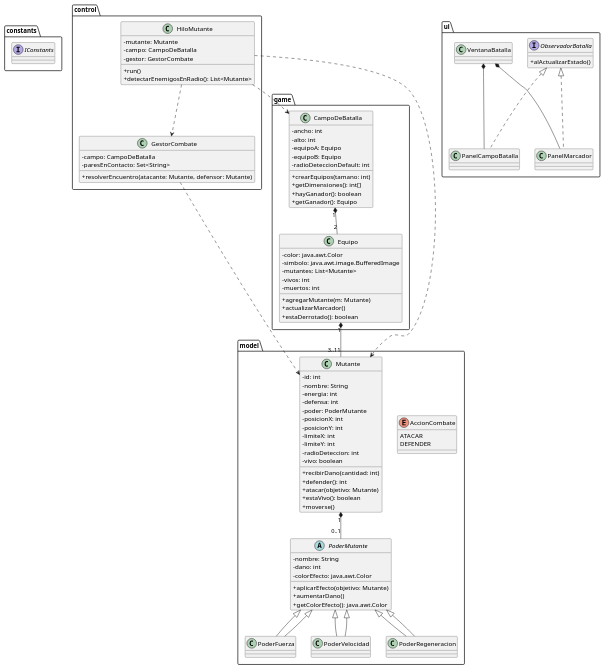
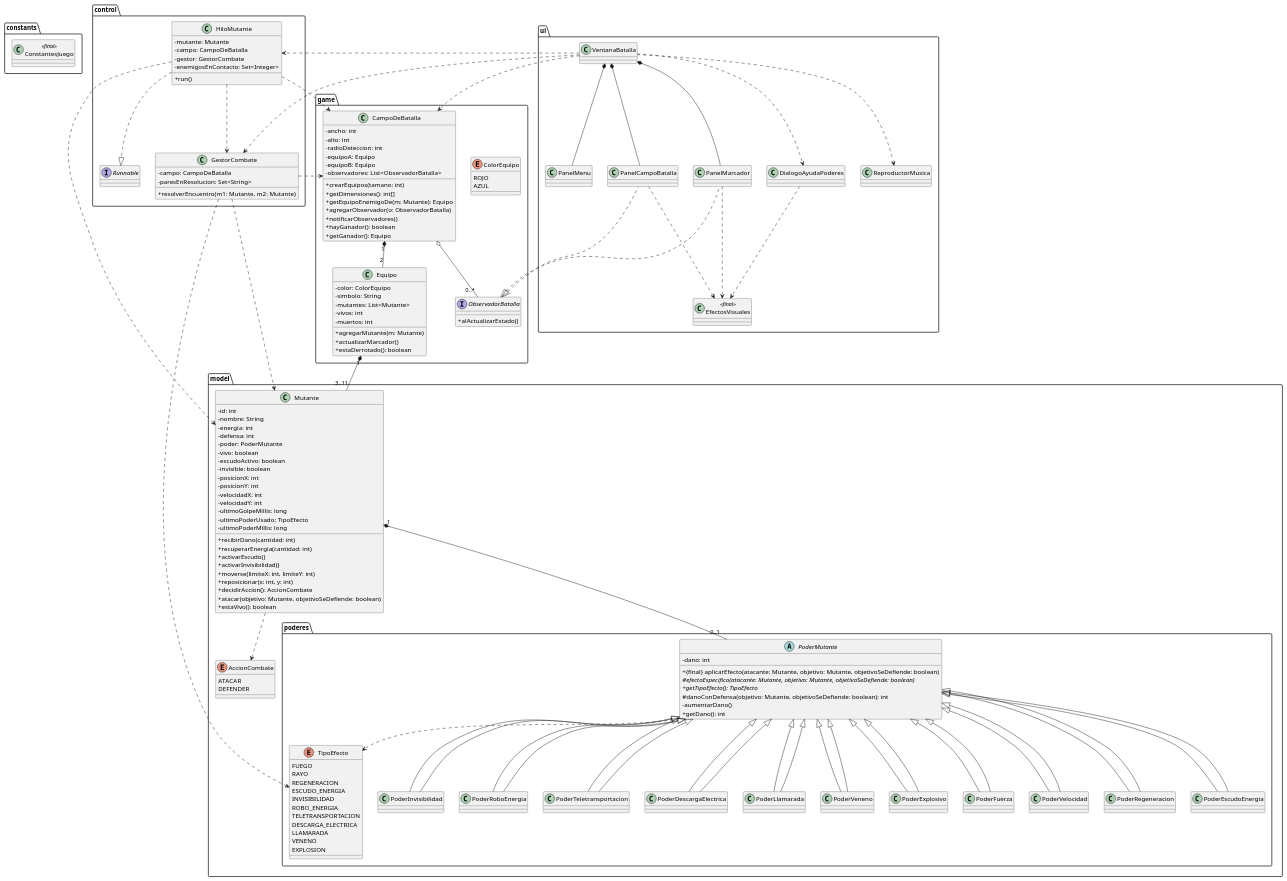
One commit to ChiefPat04/POO changed the diagram in CASOS/README.md. Above: the diagram before and after it, drawn with PlantUML. The commit also changed other lines of this file and 87 other files, not shown here.

````diff
--- a/CASOS/README.md
+++ b/CASOS/README.md
@@ -140,28 +221,16 @@
+```plantuml
 @startuml
 skinparam classAttributeIconSize 0
 
 package constants {
-  interface IConstants
+  class ConstantesJuego <<final>>
 }
 
-package model {
+package "model" {
   enum AccionCombate {
     ATACAR
     DEFENDER
   }
-
-  abstract class PoderMutante {
-    -nombre: String
-    -dano: int
-    -colorEfecto: java.awt.Color
-    +aplicarEfecto(objetivo: Mutante)
-    +aumentarDano()
-    +getColorEfecto(): java.awt.Color
-  }
-
-  class PoderFuerza extends PoderMutante
-  class PoderVelocidad extends PoderMutante
-  class PoderRegeneracion extends PoderMutante
 
   class Mutante {
     -id: int
@@ -169,24 +238,79 @@
     -energia: int
     -defensa: int
     -poder: PoderMutante
+    -vivo: boolean
+    -escudoActivo: boolean
+    -invisible: boolean
     -posicionX: int
     -posicionY: int
-    -limiteX: int
-    -limiteY: int
-    -radioDeteccion: int
-    -vivo: boolean
+    -velocidadX: int
+    -velocidadY: int
+    -ultimoGolpeMillis: long
+    -ultimoPoderUsado: TipoEfecto
+    -ultimoPoderMillis: long
     +recibirDano(cantidad: int)
-    +defender(): int
-    +atacar(objetivo: Mutante)
+    +recuperarEnergia(cantidad: int)
+    +activarEscudo()
+    +activarInvisibilidad()
+    +moverse(limiteX: int, limiteY: int)
+    +reposicionar(x: int, y: int)
+    +decidirAccion(): AccionCombate
+    +atacar(objetivo: Mutante, objetivoSeDefiende: boolean)
     +estaVivo(): boolean
-    +moverse()
   }
 }
 
+package "model.poderes" {
+  enum TipoEfecto {
+    FUEGO
+    RAYO
+    REGENERACION
+    ESCUDO_ENERGIA
+    INVISIBILIDAD
+    ROBO_ENERGIA
+    TELETRANSPORTACION
+    DESCARGA_ELECTRICA
+    LLAMARADA
+    VENENO
+    EXPLOSION
+  }
+
+  abstract class PoderMutante {
+    -dano: int
+    +{final} aplicarEfecto(atacante: Mutante, objetivo: Mutante, objetivoSeDefiende: boolean)
+    #{abstract} efectoEspecifico(atacante: Mutante, objetivo: Mutante, objetivoSeDefiende: boolean)
+    +{abstract} getTipoEfecto(): TipoEfecto
+    #danoConDefensa(objetivo: Mutante, objetivoSeDefiende: boolean): int
+    -aumentarDano()
+    +getDano(): int
+  }
+
+  class PoderFuerza extends PoderMutante
+  class PoderVelocidad extends PoderMutante
+  class PoderRegeneracion extends PoderMutante
+  class PoderEscudoEnergia extends PoderMutante
+  class PoderInvisibilidad extends PoderMutante
+  class PoderRoboEnergia extends PoderMutante
+  class PoderTeletransportacion extends PoderMutante
+  class PoderDescargaElectrica extends PoderMutante
+  class PoderLlamarada extends PoderMutante
+  class PoderVeneno extends PoderMutante
+  class PoderExplosivo extends PoderMutante
+}
+
 package game {
+  enum ColorEquipo {
+    ROJO
+    AZUL
+  }
+
+  interface ObservadorBatalla {
+    +alActualizarEstado()
+  }
+
   class Equipo {
-    -color: java.awt.Color
-    -simbolo: java.awt.image.BufferedImage
+    -color: ColorEquipo
+    -simbolo: String
     -mutantes: List<Mutante>
     -vivos: int
     -muertos: int
@@ -198,57 +322,90 @@
   class CampoDeBatalla {
     -ancho: int
     -alto: int
+    -radioDeteccion: int
     -equipoA: Equipo
     -equipoB: Equipo
-    -radioDeteccionDefault: int
+    -observadores: List<ObservadorBatalla>
     +crearEquipos(tamano: int)
     +getDimensiones(): int[]
+    +getEquipoEnemigoDe(m: Mutante): Equipo
+    +agregarObservador(o: ObservadorBatalla)
+    +notificarObservadores()
     +hayGanador(): boolean
     +getGanador(): Equipo
   }
 }
 
 package control {
+  class GestorCombate {
+    -campo: CampoDeBatalla
+    -paresEnResolucion: Set<String>
+    +resolverEncuentro(m1: Mutante, m2: Mutante)
+  }
+
   class HiloMutante {
     -mutante: Mutante
     -campo: CampoDeBatalla
     -gestor: GestorCombate
+    -enemigosEnContacto: Set<Integer>
     +run()
-    +detectarEnemigosEnRadio(): List<Mutante>
   }
 
-  class GestorCombate {
-    -campo: CampoDeBatalla
-    -paresEnContacto: Set<String>
-    +resolverEncuentro(atacante: Mutante, defensor: Mutante)
-  }
+  interface Runnable
+
+  HiloMutante ..|> Runnable
 }
 
 package ui {
-  interface ObservadorBatalla {
-    +alActualizarEstado()
-  }
-
   class VentanaBatalla
+  class PanelMenu
   class PanelCampoBatalla
   class PanelMarcador
+  class DialogoAyudaPoderes
+  class EfectosVisuales <<final>>
+  class ReproductorMusica
+
+  ObservadorBatalla <|.. PanelCampoBatalla
+  ObservadorBatalla <|.. PanelMarcador
+  VentanaBatalla *-- PanelMenu
+  VentanaBatalla *-- PanelCampoBatalla
+  VentanaBatalla *-- PanelMarcador
+  VentanaBatalla ..> DialogoAyudaPoderes
+  VentanaBatalla ..> ReproductorMusica
+  PanelCampoBatalla ..> EfectosVisuales
+  PanelMarcador ..> EfectosVisuales
+  DialogoAyudaPoderes ..> EfectosVisuales
 }
 
 PoderMutante <|-- PoderFuerza
 PoderMutante <|-- PoderVelocidad
 PoderMutante <|-- PoderRegeneracion
+PoderMutante <|-- PoderEscudoEnergia
+PoderMutante <|-- PoderInvisibilidad
+PoderMutante <|-- PoderRoboEnergia
+PoderMutante <|-- PoderTeletransportacion
+PoderMutante <|-- PoderDescargaElectrica
+PoderMutante <|-- PoderLlamarada
+PoderMutante <|-- PoderVeneno
+PoderMutante <|-- PoderExplosivo
 
 Mutante "1" *-- "0..1" PoderMutante
+Mutante ..> AccionCombate
+PoderMutante ..> TipoEfecto
+
 Equipo "1" *-- "3..11" Mutante
 CampoDeBatalla "1" *-- "2" Equipo
+CampoDeBatalla o-- "0..*" ObservadorBatalla
 
+GestorCombate ..> Mutante
+GestorCombate ..> CampoDeBatalla
+GestorCombate ..> TipoEfecto
 HiloMutante ..> Mutante
 HiloMutante ..> CampoDeBatalla
 HiloMutante ..> GestorCombate
-GestorCombate ..> Mutante
 
-ObservadorBatalla <|.. PanelCampoBatalla
-ObservadorBatalla <|.. PanelMarcador
-VentanaBatalla *-- PanelCampoBatalla
-VentanaBatalla *-- PanelMarcador
+VentanaBatalla ..> CampoDeBatalla
+VentanaBatalla ..> GestorCombate
+VentanaBatalla ..> HiloMutante
 @enduml
+```
````
